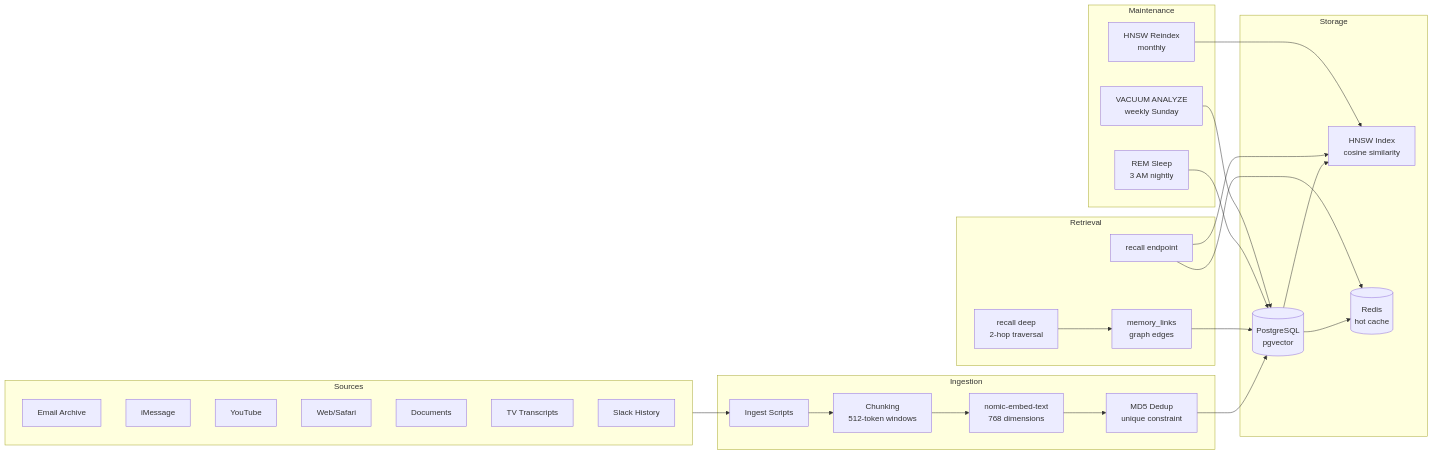
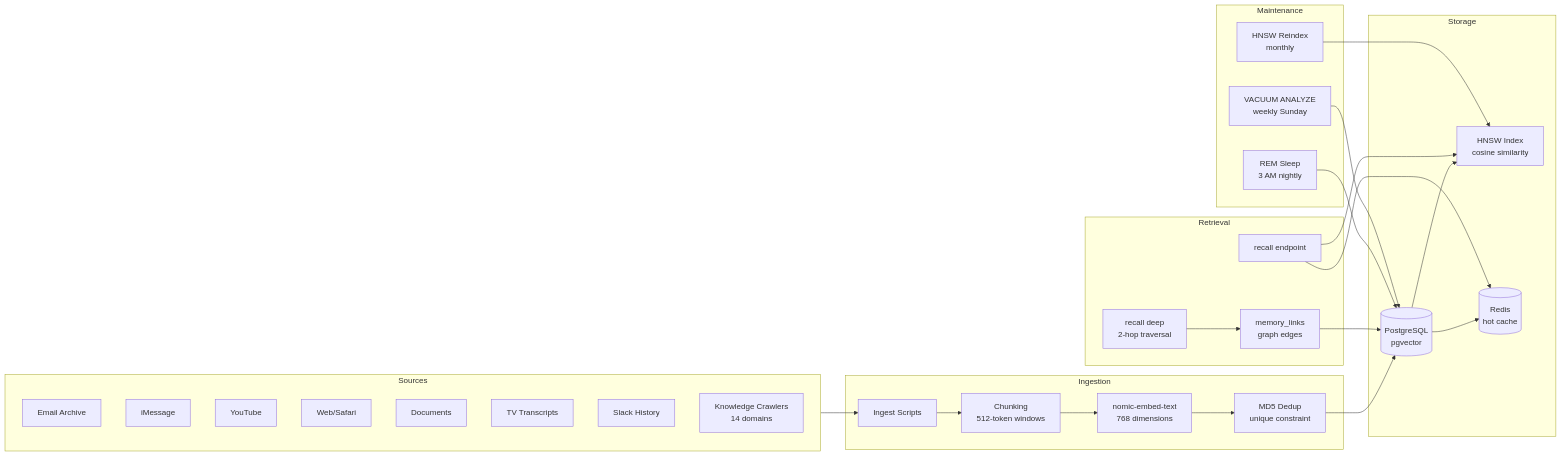
The fourth of 9 diagrams in README.md (kochj23/nova), drawn with Mermaid before and after one commit. The commit also changed other lines of this file and 21 other files, not shown here.

First line of the commit message:
docs: Complete README rewrite — multi-agent architecture, 5 image models, 14 knowledge crawlers, art corner

````diff
--- a/README.md
+++ b/README.md
@@ -287,48 +415,49 @@
 ```mermaid
 flowchart LR
     subgraph Sources
         Email[Email Archive]
         iMsg[iMessage]
         YT[YouTube]
         Web[Web/Safari]
         Docs[Documents]
         TV[TV Transcripts]
         Slack[Slack History]
+        Wiki[Knowledge Crawlers<br/>14 domains]
     end
 
     subgraph Ingestion
         Ingest[Ingest Scripts]
         Chunk[Chunking<br/>512-token windows]
         Embed[nomic-embed-text<br/>768 dimensions]
         Dedup[MD5 Dedup<br/>unique constraint]
     end
 
     subgraph Storage
         PG[(PostgreSQL<br/>pgvector)]
         HNSW[HNSW Index<br/>cosine similarity]
         Redis[(Redis<br/>hot cache)]
     end
 
     subgraph Retrieval
         Recall["recall endpoint"]
         Deep["recall deep<br/>2-hop traversal"]
         Links["memory_links<br/>graph edges"]
     end
 
     subgraph Maintenance
         REM[REM Sleep<br/>3 AM nightly]
         Vacuum[VACUUM ANALYZE<br/>weekly Sunday]
         Reindex[HNSW Reindex<br/>monthly]
     end
 
     Sources --> Ingest
     Ingest --> Chunk --> Embed --> Dedup --> PG
     PG --> HNSW
     PG --> Redis
     Recall --> Redis
     Recall --> HNSW
     Deep --> Links --> PG
     REM --> PG
     Vacuum --> PG
     Reindex --> HNSW
 ```
````
